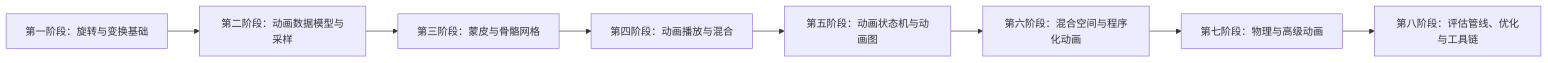
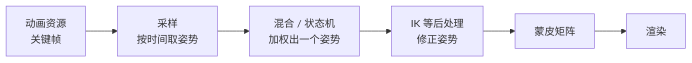
Before and after one commit to asxiuxiu/asxiuxiu_obsidian_repo: the diagram in Notes/动画系统/索引.md, drawn with Mermaid. The commit also changed other lines of this file and 31 other files, not shown here.

````diff
--- a/Notes/动画系统/索引.md
+++ b/Notes/动画系统/索引.md
@@ -28,10 +35,8 @@
 ```mermaid
 graph LR
-    A[第一阶段：旋转与变换基础] --> B[第二阶段：动画数据模型与采样]
-    B --> C[第三阶段：蒙皮与骨骼网格]
-    C --> D[第四阶段：动画播放与混合]
-    D --> E[第五阶段：动画状态机与动画图]
-    E --> F[第六阶段：混合空间与程序化动画]
-    F --> G[第七阶段：物理与高级动画]
-    G --> H[第八阶段：评估管线、优化与工具链]
+    A[动画资源<br>关键帧] --> B[采样<br>按时间取姿势]
+    B --> C[混合 / 状态机<br>加权出一个姿势]
+    C --> D[IK 等后处理<br>修正姿势]
+    D --> E[蒙皮矩阵]
+    E --> F[渲染]
 ```
````
